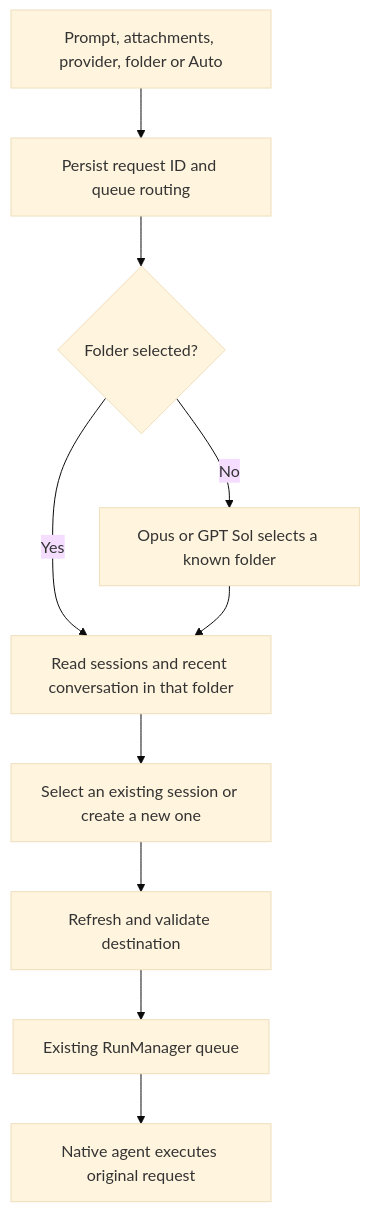
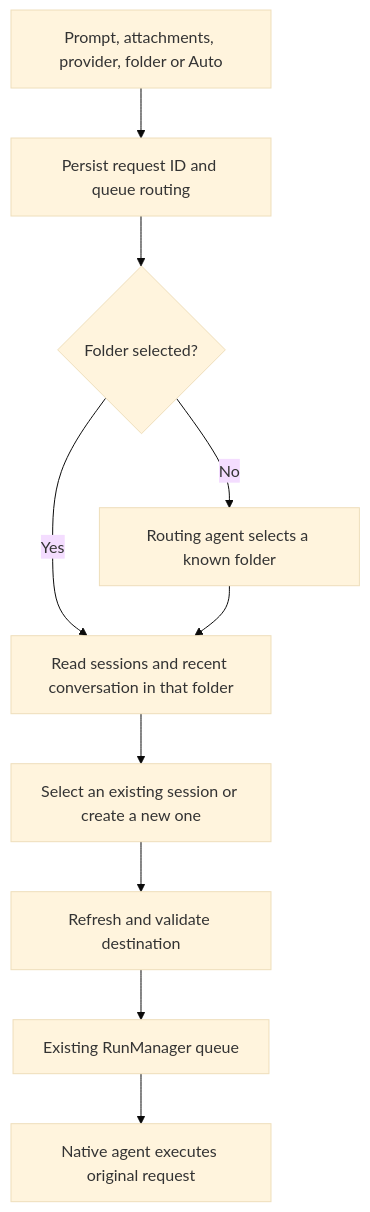
Before and after one commit to kimwz/agent-session-tower: the diagram in docs/auto-prompt.md, drawn with Mermaid (base theme). The commit also changed other lines of this file and 287 other files, not shown here.

````diff
--- a/docs/auto-prompt.md
+++ b/docs/auto-prompt.md
@@ -5,12 +5,12 @@
 ```mermaid
 flowchart TD
     A[Prompt, attachments, provider, folder or Auto] --> B[Persist request ID and queue routing]
     B --> C{Folder selected?}
-    C -- No --> D[Opus or GPT Sol selects a known folder]
+    C -- No --> D[Routing agent selects a known folder]
     C -- Yes --> E[Read sessions and recent conversation in that folder]
     D --> E
     E --> F[Select an existing session or create a new one]
     F --> G[Refresh and validate destination]
     G --> H[Existing RunManager queue]
     H --> I[Native agent executes original request]
 ```
````
